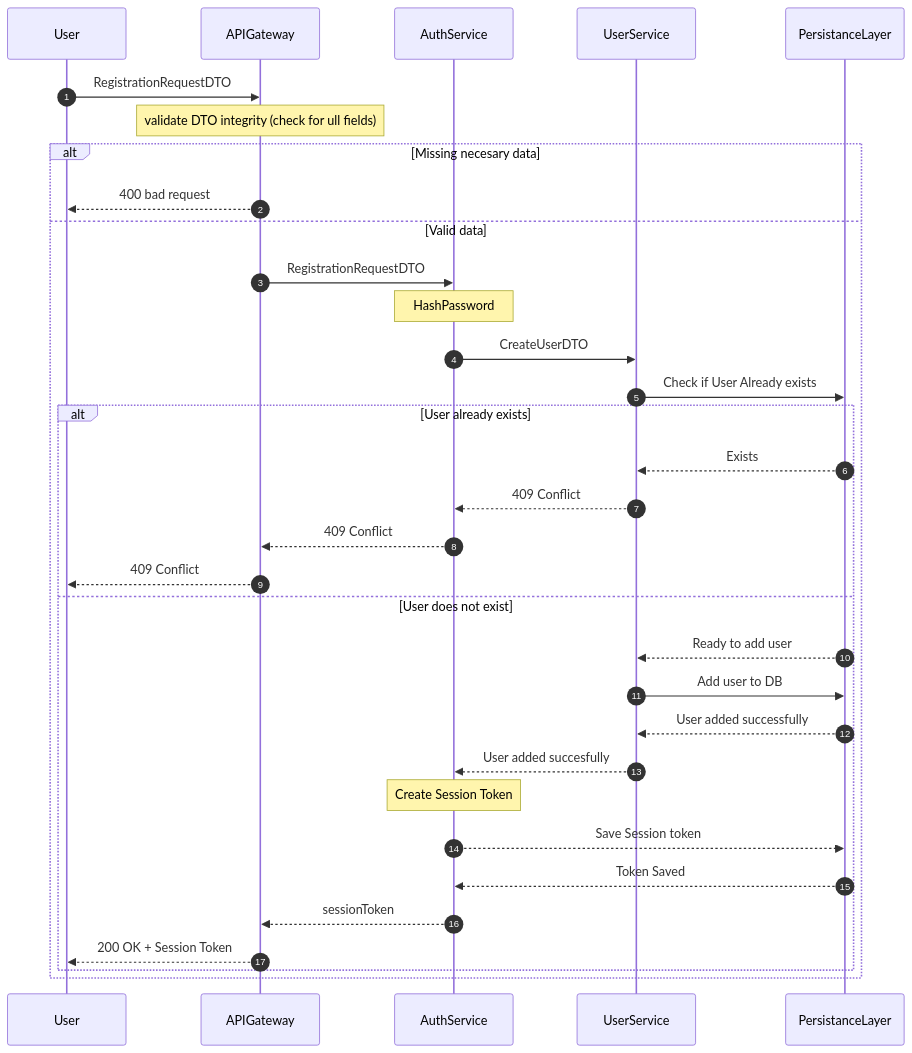
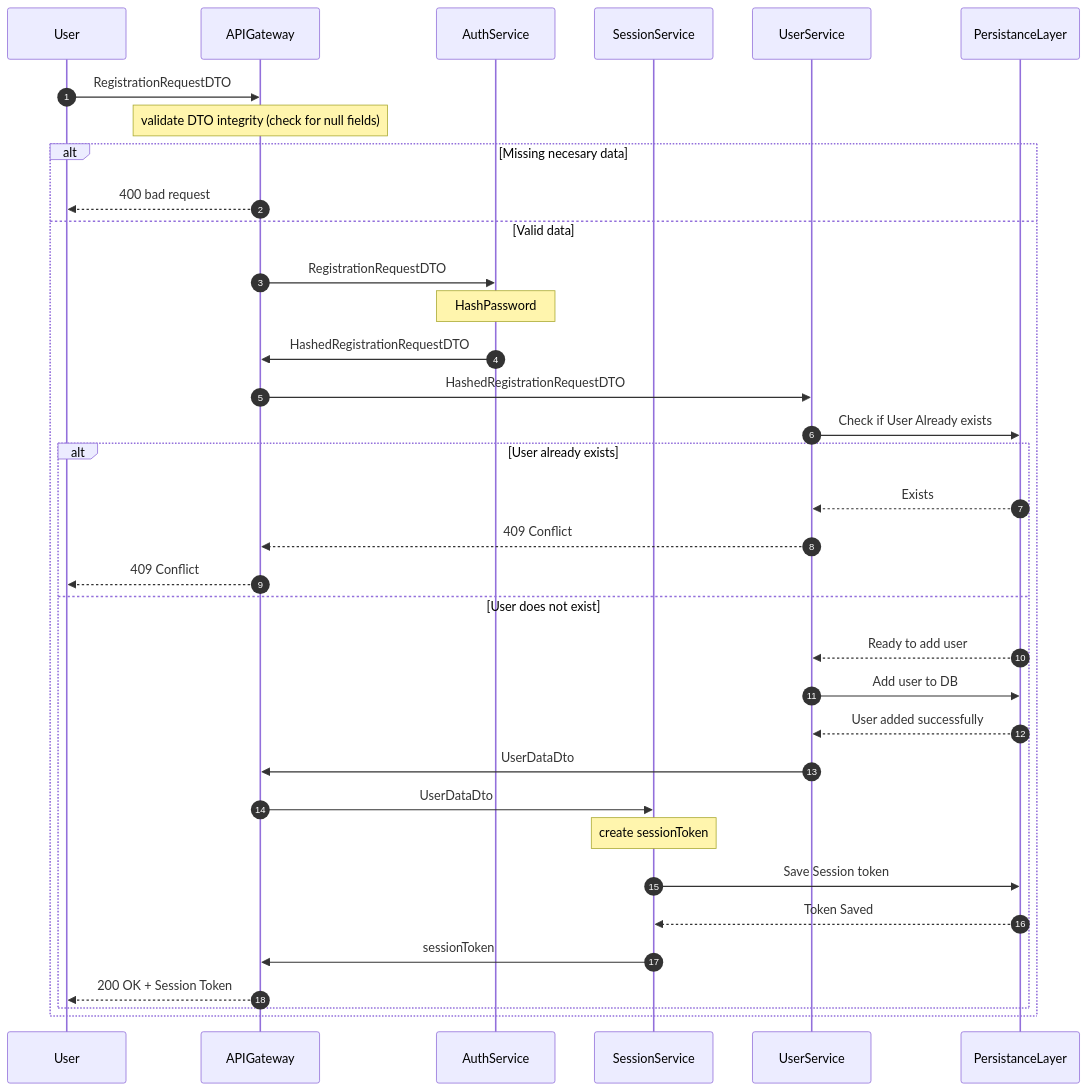
Before and after one commit to LKBotond/VoxPopuli: the fifth of 5 diagrams in Architecture.md, drawn with Mermaid. The commit also changed other lines of this file and 89 other files, not shown here.

Commit message:
separated Dtos into the contracts package, this way i can avoid DTO hell. UPdated userService top be reliant on these DTO contracts.

````diff
--- a/Architecture.md
+++ b/Architecture.md
@@ -78,37 +84,39 @@
 ```mermaid
 sequenceDiagram
 autonumber
     participant User
     participant APIGateway
     participant AuthService
+    participant SessionService
     participant UserService
     participant PersistanceLayer
 
     User->>APIGateway: RegistrationRequestDTO
-    Note over APIGateway: validate DTO integrity (check for ull fields)
+    Note over APIGateway: validate DTO integrity (check for null fields)
     alt Missing necesary data
         APIGateway-->>User: 400 bad request
     else Valid data
         APIGateway->>AuthService: RegistrationRequestDTO
         Note over AuthService: HashPassword
-        AuthService->>UserService: CreateUserDTO
+        AuthService->>APIGateway: HashedRegistrationRequestDTO
+        APIGateway->>UserService: HashedRegistrationRequestDTO
 
             UserService->>PersistanceLayer: Check if User Already exists
         alt User already exists
             PersistanceLayer-->>UserService: Exists
-            UserService-->>AuthService: 409 Conflict
-            AuthService-->>APIGateway: 409 Conflict
+            UserService-->>APIGateway: 409 Conflict
             APIGateway-->>User: 409 Conflict
         else User does not exist
             PersistanceLayer-->>UserService: Ready to add user
             UserService->>PersistanceLayer: Add user to DB
             PersistanceLayer-->>UserService: User added successfully
-            UserService-->>AuthService: User added succesfully
-            Note over AuthService: Create Session Token
-            AuthService-->>PersistanceLayer: Save Session token
-            PersistanceLayer-->>AuthService: Token Saved
-            AuthService-->>APIGateway: sessionToken
+            UserService->>APIGateway: UserDataDto
+            APIGateway->>SessionService: UserDataDto
+            Note over SessionService: create sessionToken
+            SessionService->>PersistanceLayer: Save Session token
+            PersistanceLayer-->>SessionService: Token Saved
+            SessionService->>APIGateway: sessionToken
             APIGateway-->>User: 200 OK + Session Token
         end
     end
 ```
````
